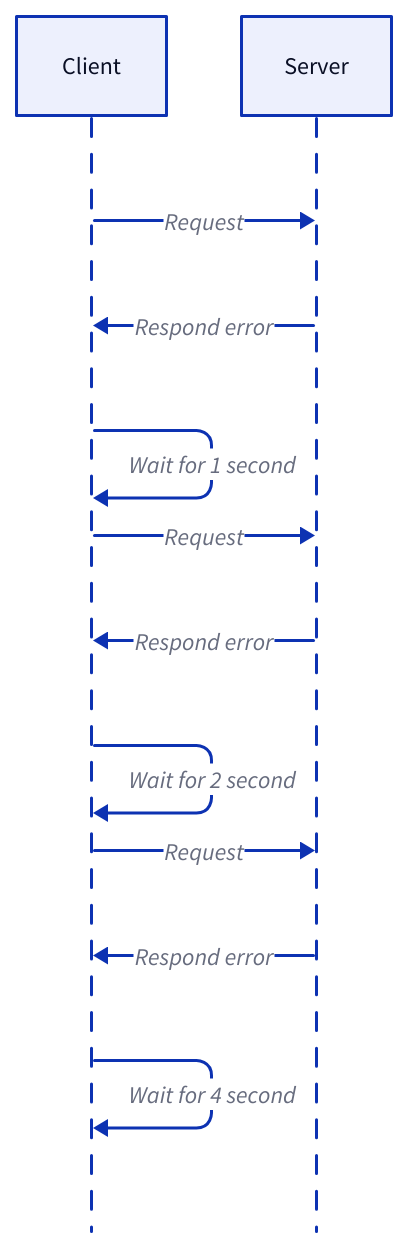
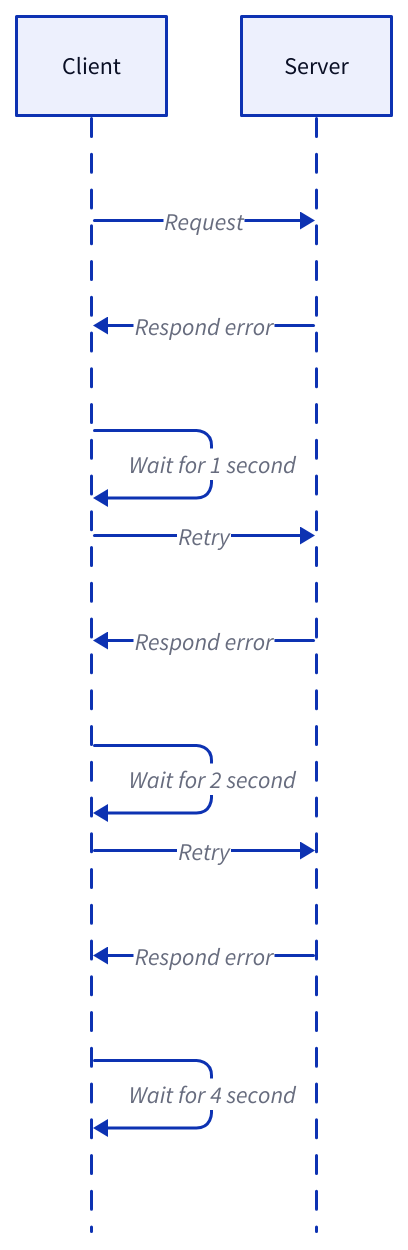
Before and after one commit to link1905/system-design-101: the seventh of 11 diagrams in content/docs/system-administration/system-protection/rate-limiting.md, drawn with D2. The commit also changed other lines of this file and 21 other files, not shown here.

````diff
--- a/content/docs/system-administration/system-protection/rate-limiting.md
+++ b/content/docs/system-administration/system-protection/rate-limiting.md
@@ -220,24 +237,24 @@
 ```d2
 shape: sequence_diagram
 c: Client {
   class: client
 }
 s: Server {
   class: server
 }
 c -> s: Request
 s -> c: Respond error {
   class: error-conn
 }
 c -> c: Wait for 1 second
-c -> s: Request
+c -> s: Retry
 s -> c: Respond error {
   class: error-conn
 }
 c -> c: Wait for 2 second
-c -> s: Request
+c -> s: Retry
 s -> c: Respond error {
   class: error-conn
 }
 c -> c: Wait for 4 second
 ```
````
